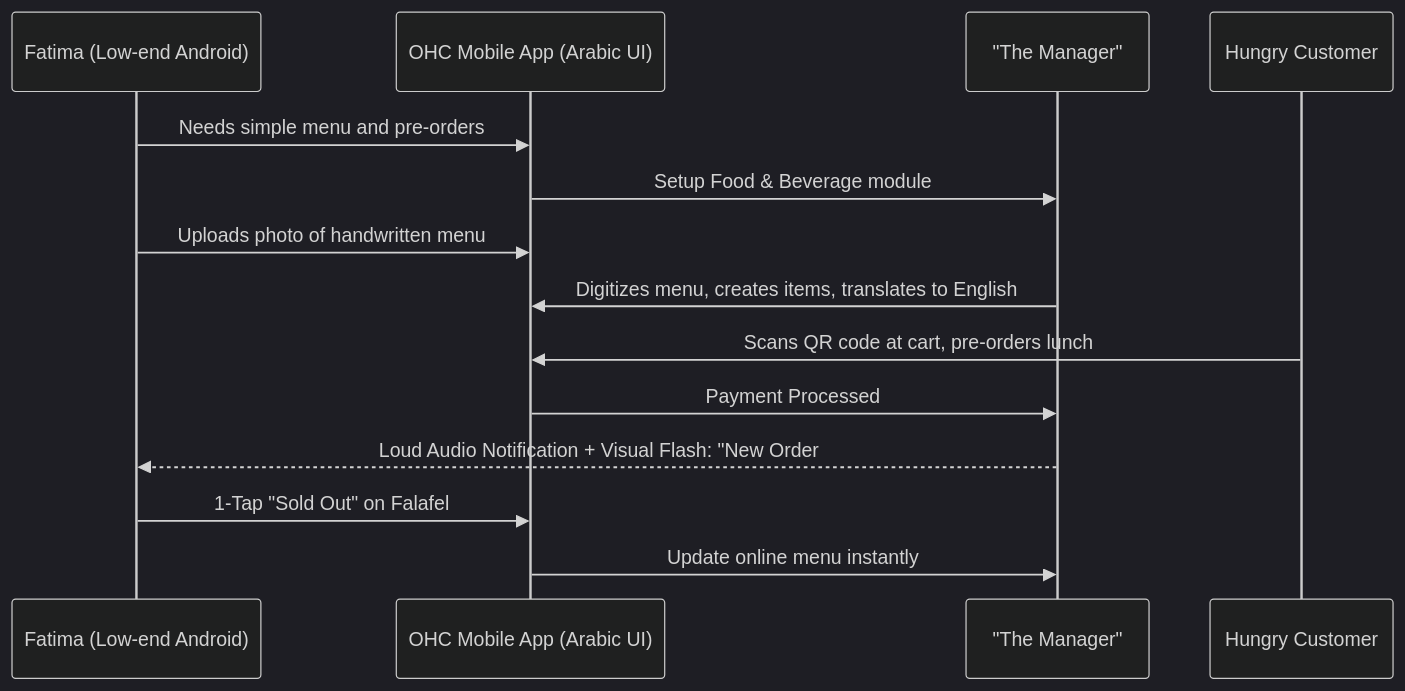
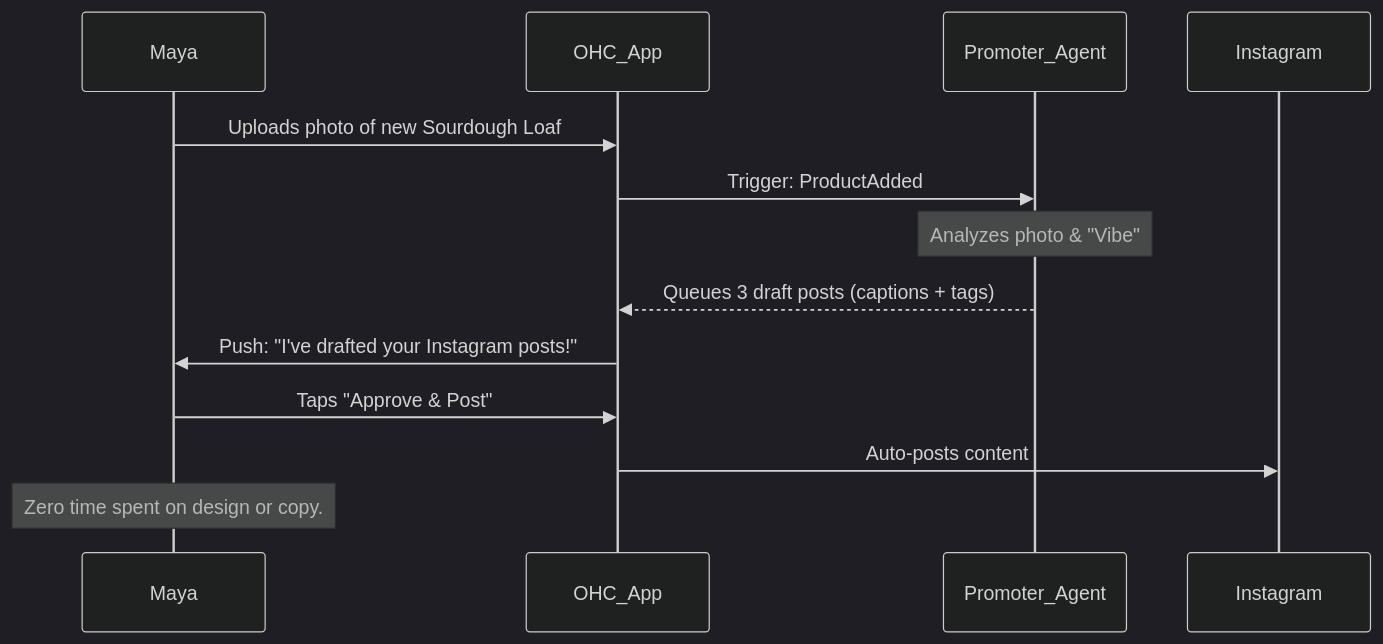
The second of 5 diagrams in .agent-task/report/task_output.md (omnisolo-llc/onehumancorp), drawn with Mermaid (dark theme) before and after one commit. The commit also changed other lines of this file and 7 other files, not shown here.

````diff
--- a/.agent-task/report/task_output.md
+++ b/.agent-task/report/task_output.md
@@ -147,24 +52,16 @@
 ```mermaid
 sequenceDiagram
-    participant F as Fatima (Low-end Android)
-    participant OHC as OHC Mobile App (Arabic UI)
-    participant AI as "The Manager"
-    participant Cust as Hungry Customer
+    participant Maya
+    participant OHC_App
+    participant Promoter_Agent
+    participant Instagram
 
-    %% Onboarding
-    F->>OHC: Needs simple menu and pre-orders
-    OHC->>AI: Setup Food & Beverage module
-
-    %% Activation
-    F->>OHC: Uploads photo of handwritten menu
-    AI->>OHC: Digitizes menu, creates items, translates to English
-
-    %% Revenue
-    Cust->>OHC: Scans QR code at cart, pre-orders lunch
-    OHC->>AI: Payment Processed
-    AI-->>F: Loud Audio Notification + Visual Flash: "New Order #12!"
-
-    %% Retention
-    F->>OHC: 1-Tap "Sold Out" on Falafel
-    OHC->>AI: Update online menu instantly
+    Maya->>OHC_App: Uploads photo of new Sourdough Loaf
+    OHC_App->>Promoter_Agent: Trigger: ProductAdded
+    Note over Promoter_Agent: Analyzes photo & "Vibe"
+    Promoter_Agent-->>OHC_App: Queues 3 draft posts (captions + tags)
+    OHC_App->>Maya: Push: "I've drafted your Instagram posts!"
+    Maya->>OHC_App: Taps "Approve & Post"
+    OHC_App->>Instagram: Auto-posts content
+    Note over Maya: Zero time spent on design or copy.
 ```
````
